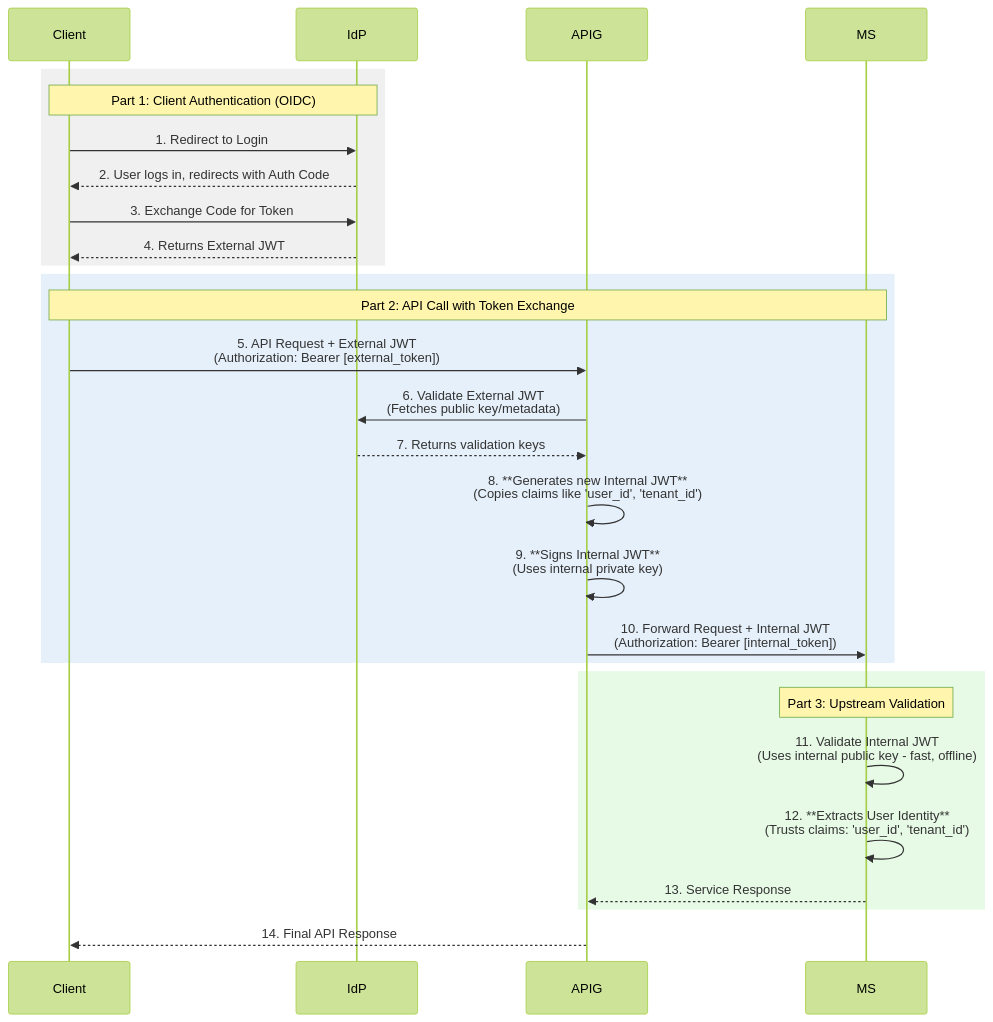
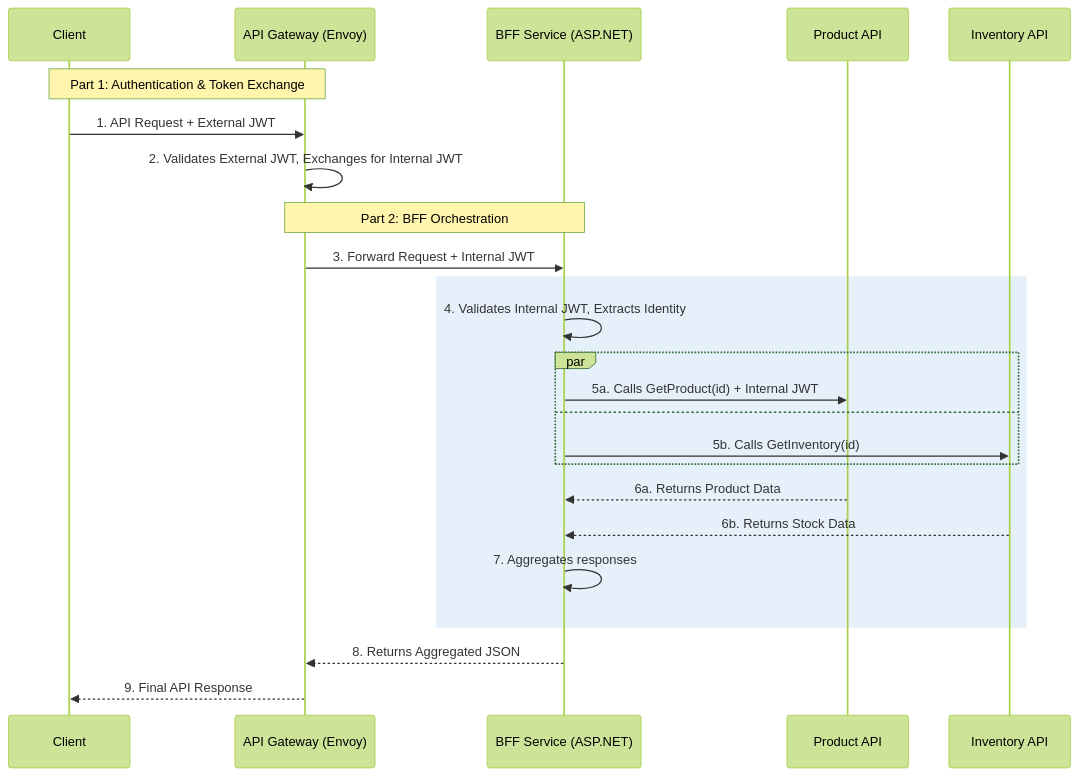
One commit to 1nauman/token-exchange-basic-playpen changed the diagram in README.md. Above: the diagram before and after it, drawn with Mermaid (forest theme). The commit also changed other lines of this file, not shown here.

First line of the commit message:
Update README for BFF introduction and enhanced architecture details

````diff
--- a/README.md
+++ b/README.md
@@ -8,37 +8,30 @@
 ```mermaid
 sequenceDiagram
     participant Client
-    participant IdP
-    participant APIG
-    participant MS
+    participant APIG as API Gateway (Envoy)
+    participant BFF as BFF Service (ASP.NET)
+    participant ProductMS as Product API
+    participant InventoryMS as Inventory API
 
-    rect rgb(240, 240, 240)
-        note over Client, IdP: Part 1: Client Authentication (OIDC)
-        Client->>IdP: 1. Redirect to Login
-        IdP-->>Client: 2. User logs in, redirects with Auth Code
-        Client->>IdP: 3. Exchange Code for Token
-        IdP-->>Client: 4. Returns External JWT
+    note over Client, APIG: Part 1: Authentication & Token Exchange
+    Client->>APIG: 1. API Request + External JWT
+    APIG->>APIG: 2. Validates External JWT, Exchanges for Internal JWT
+
+    note over APIG, BFF: Part 2: BFF Orchestration
+    APIG->>BFF: 3. Forward Request + Internal JWT
+
+    rect rgb(230, 240, 250)
+        BFF->>BFF: 4. Validates Internal JWT, Extracts Identity
+        par
+            BFF->>ProductMS: 5a. Calls GetProduct(id) + Internal JWT
+        and
+            BFF->>InventoryMS: 5b. Calls GetInventory(id)
+        end
+        ProductMS-->>BFF: 6a. Returns Product Data
+        InventoryMS-->>BFF: 6b. Returns Stock Data
+        BFF->>BFF: 7. Aggregates responses
     end
 
-    rect rgb(230, 240, 250)
-        note over Client, MS: Part 2: API Call with Token Exchange
-        Client->>APIG: 5. API Request + External JWT<br>(Authorization: Bearer [external_token])
-        
-        APIG->>IdP: 6. Validate External JWT<br>(Fetches public key/metadata)
-        IdP-->>APIG: 7. Returns validation keys
-        
-        APIG->>APIG: 8. **Generates new Internal JWT**<br>(Copies claims like 'user_id', 'tenant_id')
-        APIG->>APIG: 9. **Signs Internal JWT**<br>(Uses internal private key)
-        
-        APIG->>MS: 10. Forward Request + Internal JWT<br>(Authorization: Bearer [internal_token])
-    end
-
-    rect rgb(230, 250, 230)
-        note over MS: Part 3: Upstream Validation
-        MS->>MS: 11. Validate Internal JWT<br>(Uses internal public key - fast, offline)
-        MS->>MS: 12. **Extracts User Identity**<br>(Trusts claims: 'user_id', 'tenant_id')
-        MS-->>APIG: 13. Service Response
-    end
-    
-    APIG-->>Client: 14. Final API Response
+    BFF-->>APIG: 8. Returns Aggregated JSON
+    APIG-->>Client: 9. Final API Response
 ```
````
